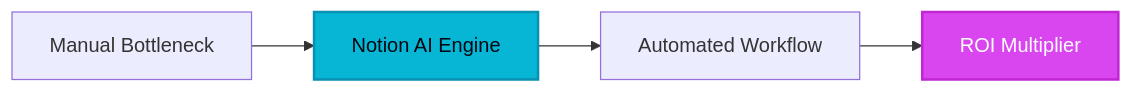
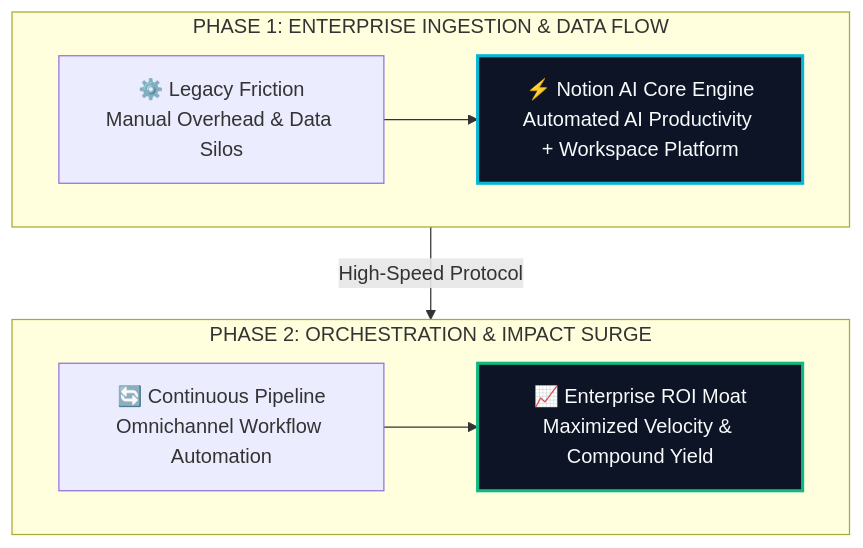
One commit to heliatech-media/saas-radar changed the diagram in site/src/content/blog/notion-ai-evolution-guide-2026.md. Above: the diagram before and after it, drawn with Mermaid. The commit also changed 97 other files, not shown here.

First line of the commit message:
feat(diagrams): upgrade all article architecture schemas to high-impact 2-tier responsive vector blueprints

````diff
--- a/site/src/content/blog/notion-ai-evolution-guide-2026.md
+++ b/site/src/content/blog/notion-ai-evolution-guide-2026.md
@@ -55,8 +55,14 @@
 ```mermaid
-flowchart LR
-    A[Manual Bottleneck] --> B[Notion AI Engine]
-    B --> C[Automated Workflow]
-    C --> D[ROI Multiplier]
-    style B fill:#06b6d4,stroke:#0891b2,stroke-width:2px,color:#030712
-    style D fill:#d946ef,stroke:#c026d3,stroke-width:2px,color:#ffffff
+flowchart TD
+    subgraph S1["PHASE 1: ENTERPRISE INGESTION & DATA FLOW"]
+        direction LR
+        A["⚙️ Legacy Friction<br/>Manual Overhead & Data Silos"] --> B["⚡ Notion AI Core Engine<br/>Automated AI Productivity + Workspace Platform"]
+    end
+    subgraph S2["PHASE 2: ORCHESTRATION & IMPACT SURGE"]
+        direction LR
+        C["🔄 Continuous Pipeline<br/>Omnichannel Workflow Automation"] --> D["📈 Enterprise ROI Moat<br/>Maximized Velocity & Compound Yield"]
+    end
+    S1 -->|High-Speed Protocol| S2
+    style B fill:#0c1425,stroke:#06b6d4,stroke-width:2.5px,color:#f8fafc
+    style D fill:#0c1425,stroke:#10b981,stroke-width:2.5px,color:#f8fafc
 ```
````
